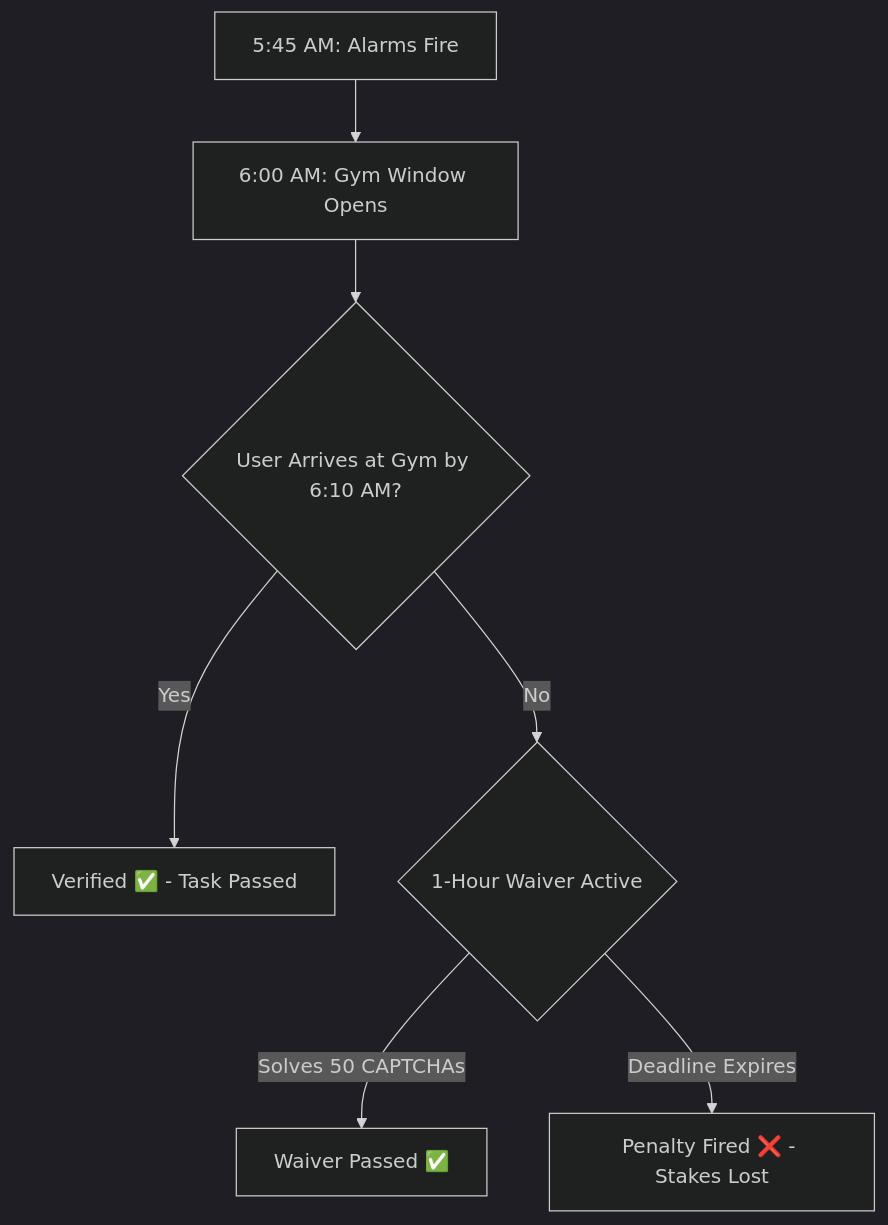
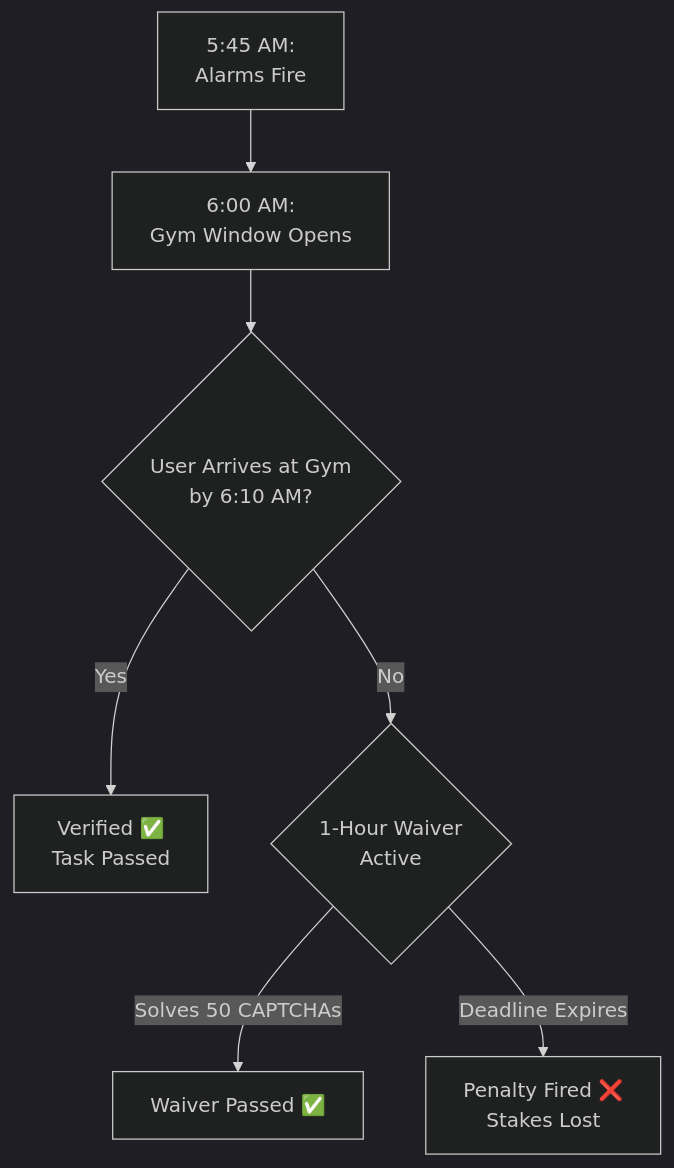
The first of 3 diagrams in index.mdx (Maajith9127/mintlify-docs), drawn with Mermaid (dark theme) before and after one commit. The commit also changed other lines of this file, not shown here.

````diff
--- a/index.mdx
+++ b/index.mdx
@@ -29,9 +29,9 @@
 ```mermaid
 flowchart TD
-    Alarm[5:45 AM: Alarms Fire] --> Window[6:00 AM: Gym Window Opens]
-    Window --> Arrived{User Arrives at Gym by 6:10 AM?}
-    Arrived -->|Yes| Verified[Verified ✅ - Task Passed]
-    Arrived -->|No| Waiver{1-Hour Waiver Active}
+    Alarm[5:45 AM:<br/>Alarms Fire] --> Window[6:00 AM:<br/>Gym Window Opens]
+    Window --> Arrived{User Arrives at Gym<br/>by 6:10 AM?}
+    Arrived -->|Yes| Verified[Verified ✅<br/>Task Passed]
+    Arrived -->|No| Waiver{1-Hour Waiver<br/>Active}
     Waiver -->|Solves 50 CAPTCHAs| Passed[Waiver Passed ✅]
-    Waiver -->|Deadline Expires| Penalty[Penalty Fired ❌ - Stakes Lost]
+    Waiver -->|Deadline Expires| Penalty[Penalty Fired ❌<br/>Stakes Lost]
 ```
````
